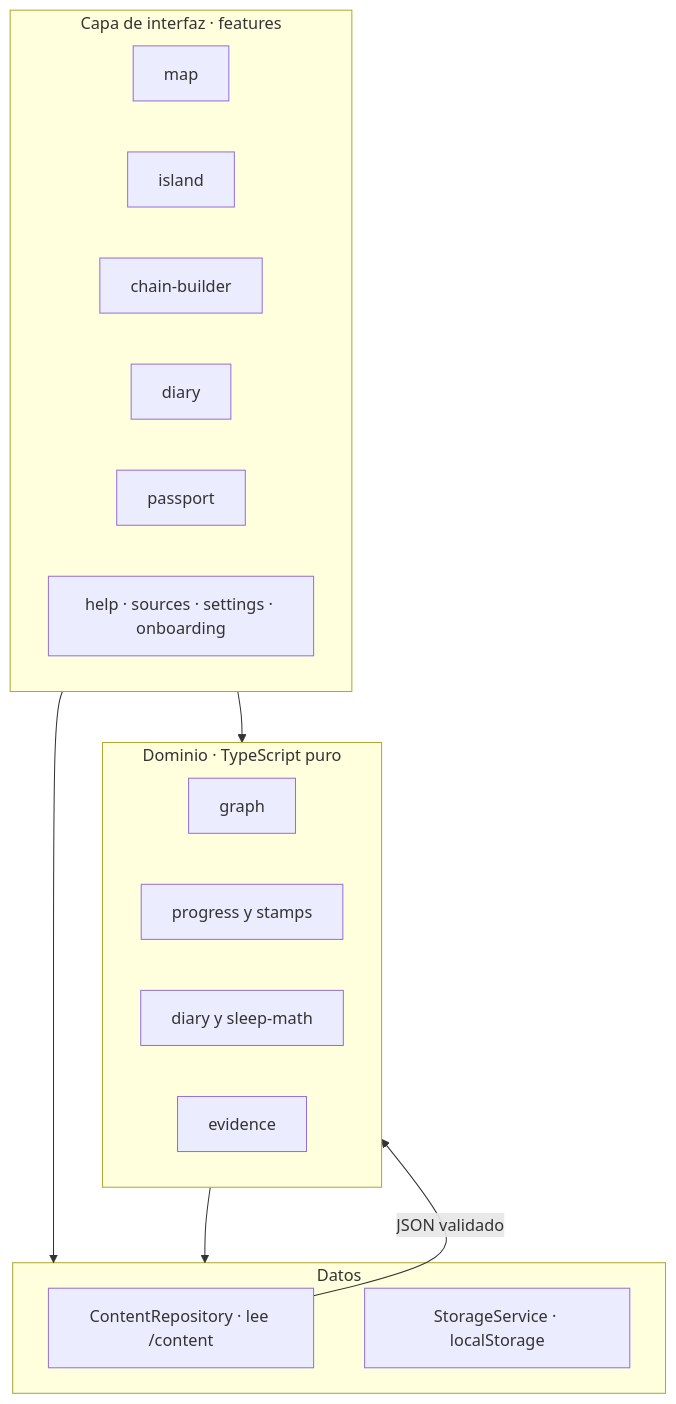
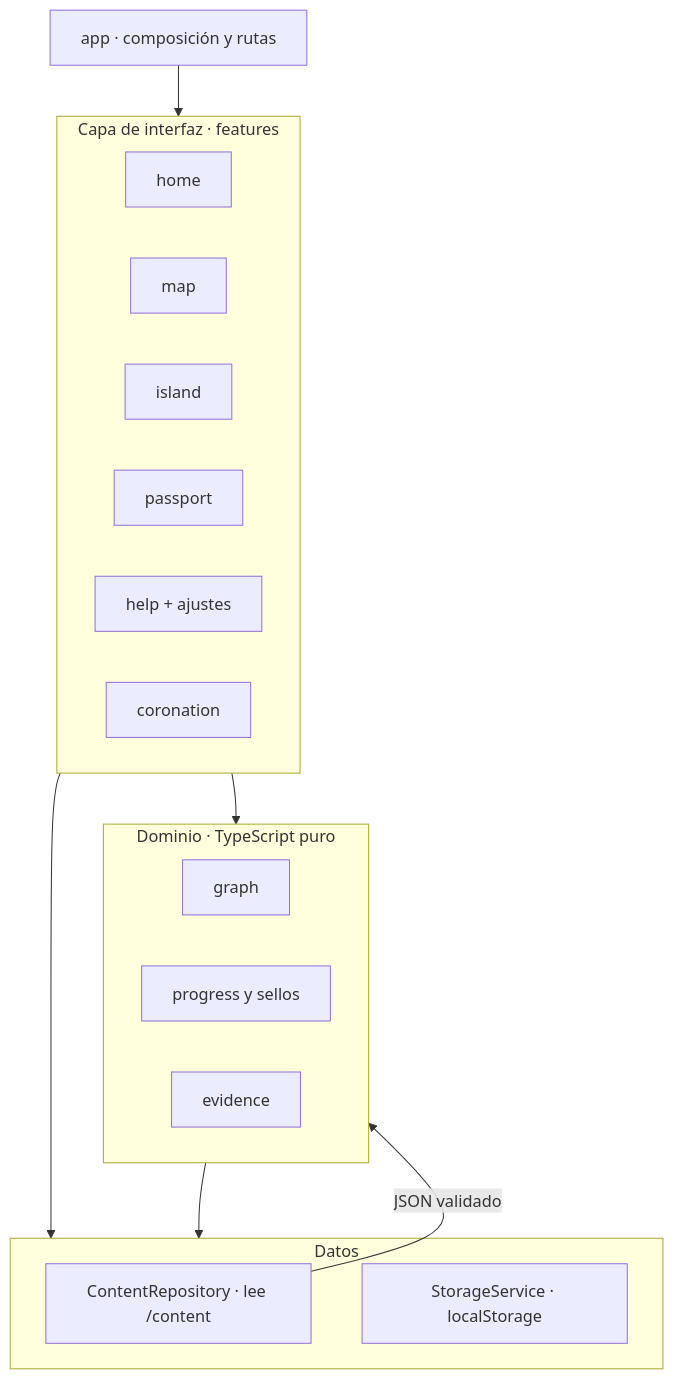
Before and after one commit to darman-prog/Nubi: the diagram in docs/ListadoDocumentos/05-arquitectura-tecnica.md, drawn with Mermaid. The commit also changed other lines of this file and 2 other files, not shown here.

````diff
--- a/docs/ListadoDocumentos/05-arquitectura-tecnica.md
+++ b/docs/ListadoDocumentos/05-arquitectura-tecnica.md
@@ -33,25 +33,26 @@
 ```mermaid
 flowchart TB
+  APP[app · composición y rutas]
   subgraph UI[Capa de interfaz · features]
+    HOM[home]
     MAP[map]
     ISL[island]
-    CHN[chain-builder]
-    DIA[diary]
     PAS[passport]
-    OTH[help · sources · settings · onboarding]
+    HLP[help + ajustes]
+    COR[coronation]
   end
   subgraph DOM[Dominio · TypeScript puro]
     GRA[graph]
-    PRO[progress y stamps]
-    SLP[diary y sleep-math]
+    PRO[progress y sellos]
     EVD[evidence]
   end
   subgraph DAT[Datos]
     CON[ContentRepository · lee /content]
     STO[StorageService · localStorage]
   end
+  APP --> UI
   UI --> DOM
   UI --> DAT
   DOM --> DAT
   CON -->|JSON validado| DOM
 ```
````
